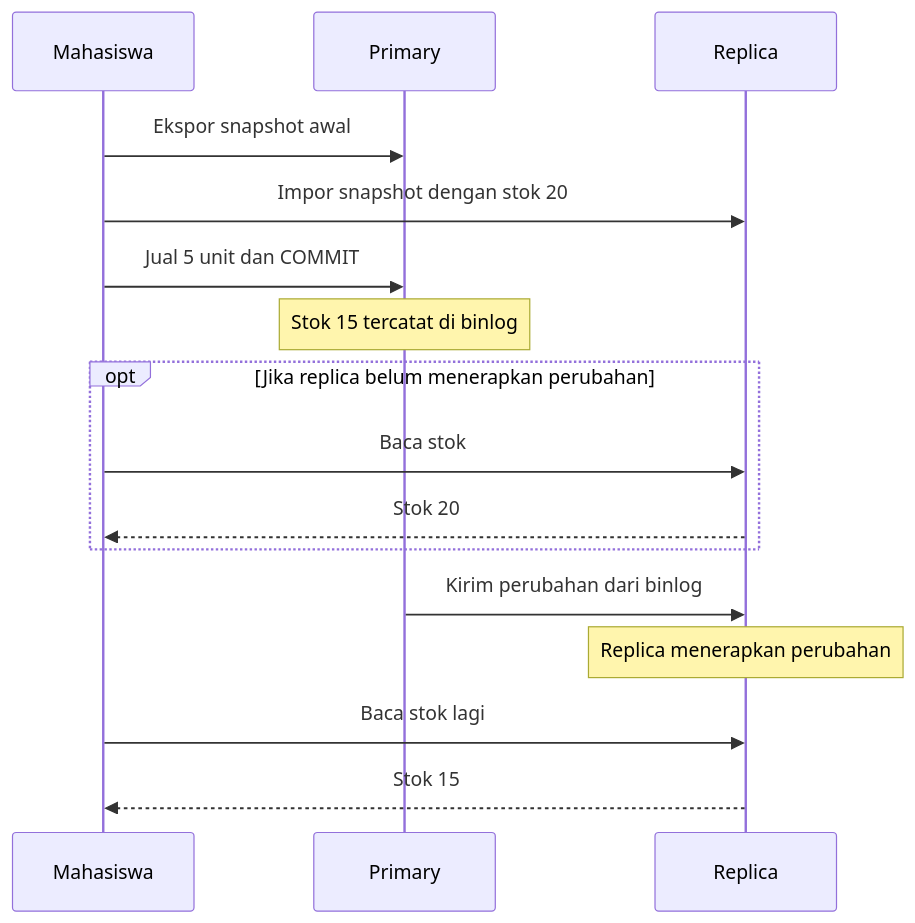
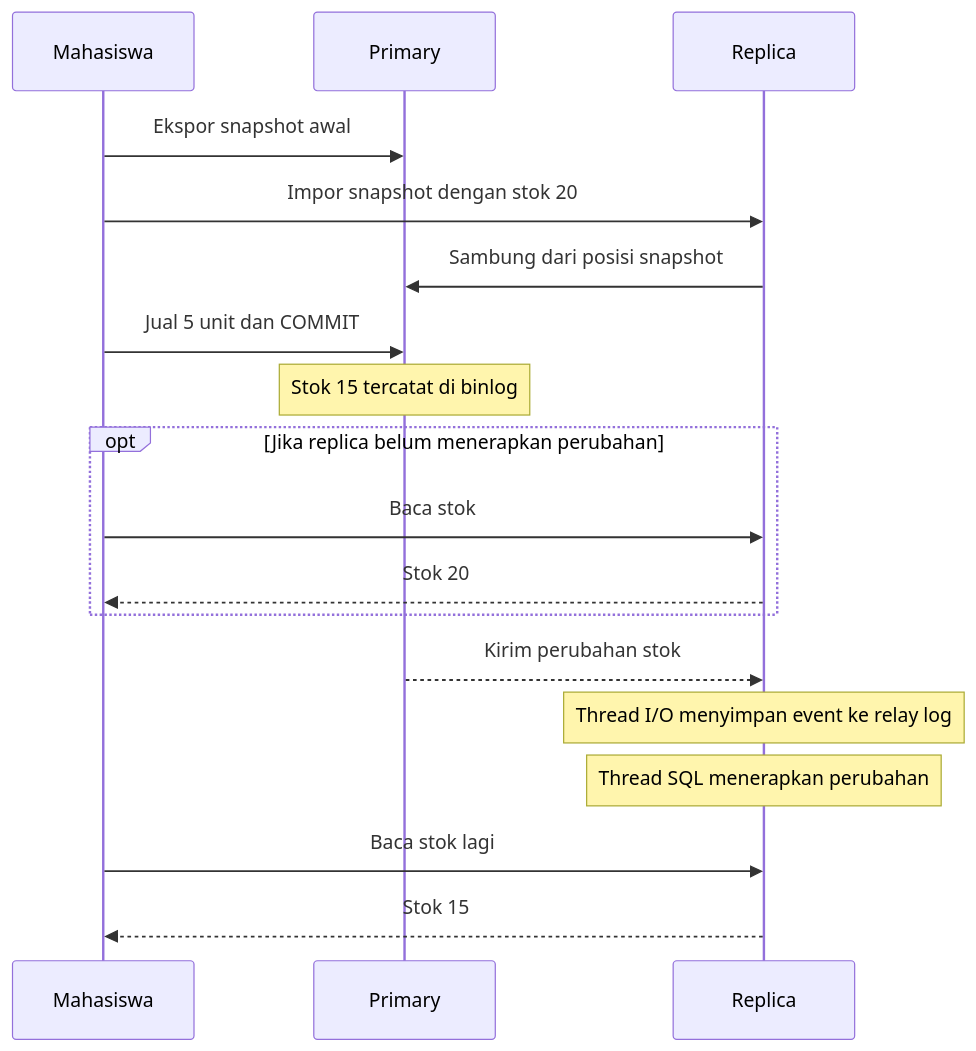
Before and after one commit to hani-ramadhan/teaching-UT: the fourth of 7 diagrams in STSI4105/TUWEB04/TUWEB04_Basis_Data.md, drawn with Mermaid. The commit also changed other lines of this file, not shown here.

Commit message:
Explain primary and replica roles in TUWEB 04

````diff
--- a/STSI4105/TUWEB04/TUWEB04_Basis_Data.md
+++ b/STSI4105/TUWEB04/TUWEB04_Basis_Data.md
@@ -103,18 +114,20 @@
 ```mermaid
 sequenceDiagram
     participant M as Mahasiswa
     participant P as Primary
     participant R as Replica
     M->>P: Ekspor snapshot awal
     M->>R: Impor snapshot dengan stok 20
+    R->>P: Sambung dari posisi snapshot
     M->>P: Jual 5 unit dan COMMIT
     Note over P: Stok 15 tercatat di binlog
     opt Jika replica belum menerapkan perubahan
         M->>R: Baca stok
         R-->>M: Stok 20
     end
-    P->>R: Kirim perubahan dari binlog
-    Note over R: Replica menerapkan perubahan
+    P-->>R: Kirim perubahan stok
+    Note over R: Thread I/O menyimpan event ke relay log
+    Note over R: Thread SQL menerapkan perubahan
     M->>R: Baca stok lagi
     R-->>M: Stok 15
 ```
````
